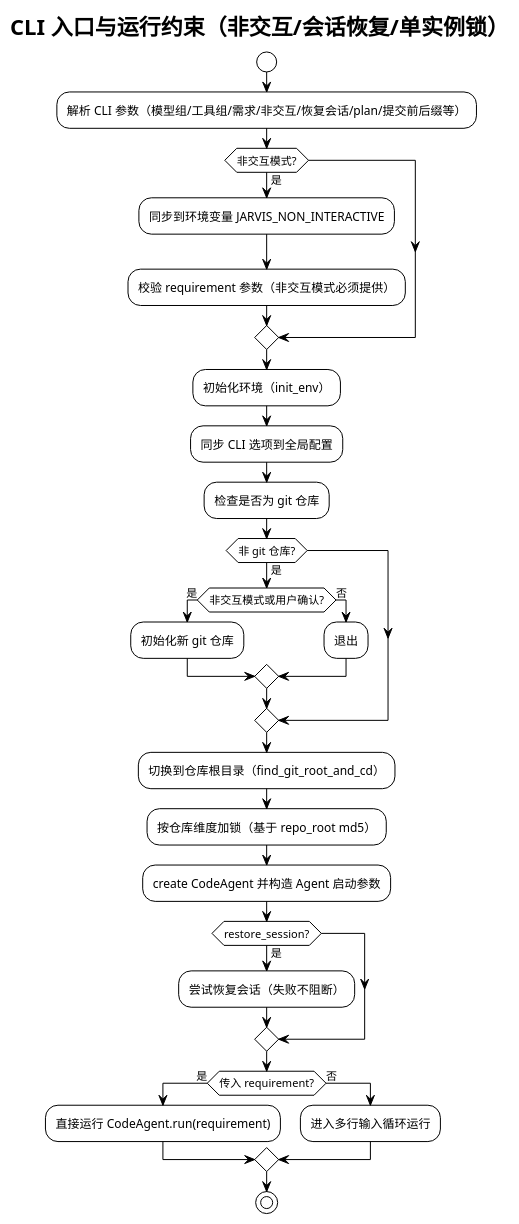
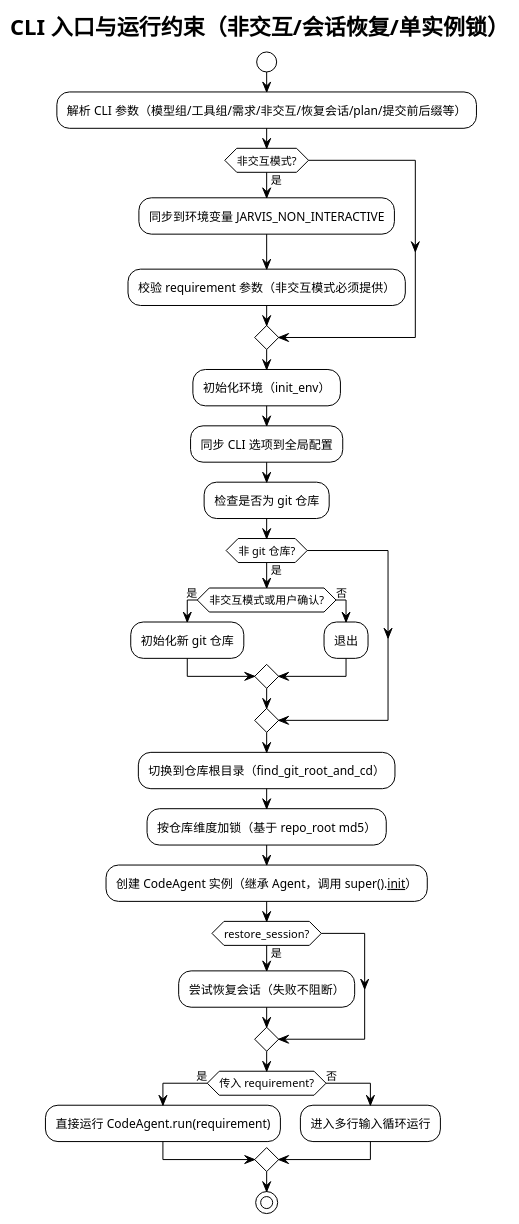
One commit to skyfireitdiy/Jarvis changed diagram 27 of 60 in 技术报告.md. Above: the diagram before and after it, drawn with PlantUML. The commit also changed other lines of this file and 3 other files, not shown here.

First line of the commit message:
refactor(code_agent): 重构 CodeAgent 继承 Agent 类实现

````diff
--- a/技术报告.md
+++ b/技术报告.md
@@ -2006,35 +2011,35 @@
 ```plantuml
 @startuml
 !theme plain
 title CLI 入口与运行约束（非交互/会话恢复/单实例锁）
 
 start
 :解析 CLI 参数（模型组/工具组/需求/非交互/恢复会话/plan/提交前后缀等）;
 if (非交互模式?) then (是)
   :同步到环境变量 JARVIS_NON_INTERACTIVE;
   :校验 requirement 参数（非交互模式必须提供）;
 endif
 :初始化环境（init_env）;
 :同步 CLI 选项到全局配置;
 :检查是否为 git 仓库;
 if (非 git 仓库?) then (是)
   if (非交互模式或用户确认?) then (是)
     :初始化新 git 仓库;
   else (否)
     :退出;
   endif
 endif
 :切换到仓库根目录（find_git_root_and_cd）;
 :按仓库维度加锁（基于 repo_root md5）;
-:create CodeAgent 并构造 Agent 启动参数;
+:创建 CodeAgent 实例（继承 Agent，调用 super().__init__）;
 if (restore_session?) then (是)
   :尝试恢复会话（失败不阻断）;
 endif
 if (传入 requirement?) then (是)
   :直接运行 CodeAgent.run(requirement);
 else (否)
   :进入多行输入循环运行;
 endif
 stop
 @enduml
 ```
````
